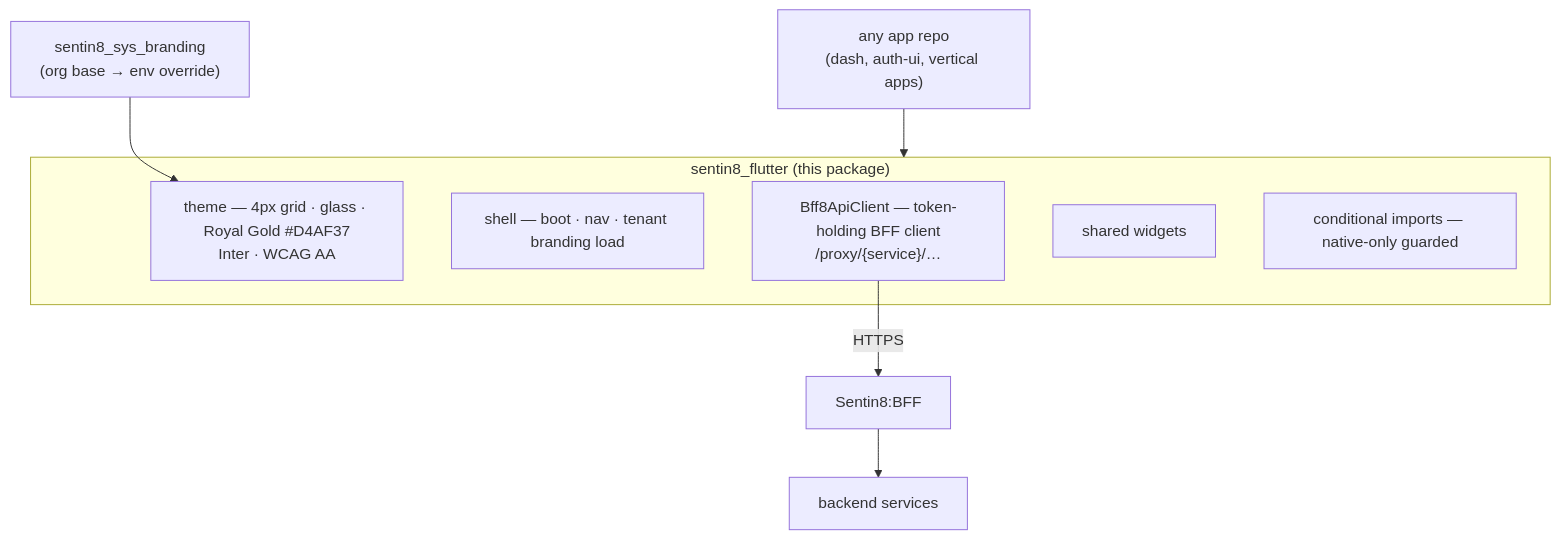
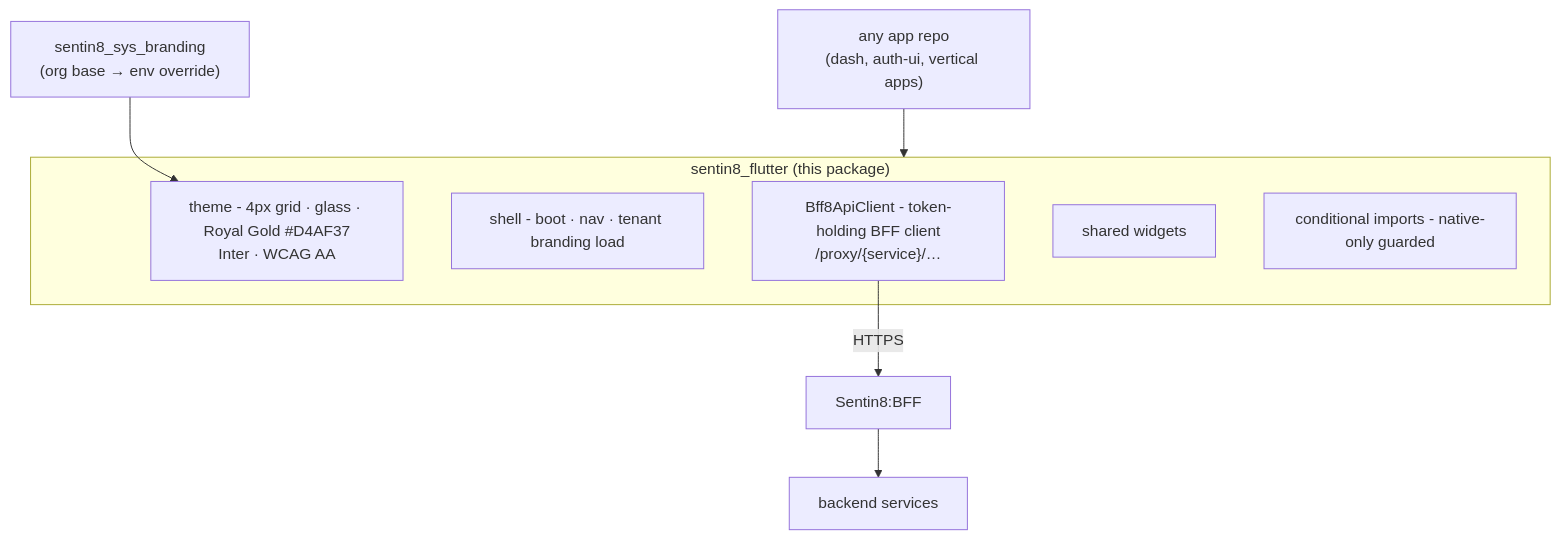
Before and after one commit to Sentin8/sentin8-site: the first of 2 diagrams in docs/sdk/flutter/design.md, drawn with Mermaid. The commit also changed other lines of this file and 105 other files, not shown here.

````diff
--- a/docs/sdk/flutter/design.md
+++ b/docs/sdk/flutter/design.md
@@ -21,14 +21,14 @@
 ```mermaid
 graph TD
     subgraph PKG["sentin8_flutter (this package)"]
-        THEME["theme — 4px grid · glass · Royal Gold #D4AF37<br/>Inter · WCAG AA"]
-        SHELL["shell — boot · nav · tenant branding load"]
-        BFFC["Bff8ApiClient — token-holding BFF client<br/>/proxy/{service}/…"]
+        THEME["theme - 4px grid · glass · Royal Gold #D4AF37<br/>Inter · WCAG AA"]
+        SHELL["shell - boot · nav · tenant branding load"]
+        BFFC["Bff8ApiClient - token-holding BFF client<br/>/proxy/{service}/…"]
         WIDGETS["shared widgets"]
-        GUARD["conditional imports — native-only guarded"]
+        GUARD["conditional imports - native-only guarded"]
     end
     APP["any app repo<br/>(dash, auth-ui, vertical apps)"] --> PKG
     BFFC -->|"HTTPS"| BFF["Sentin8:BFF"]
     BFF --> SVC["backend services"]
     BRANDING["sentin8_sys_branding<br/>(org base → env override)"] --> THEME
 ```
````
